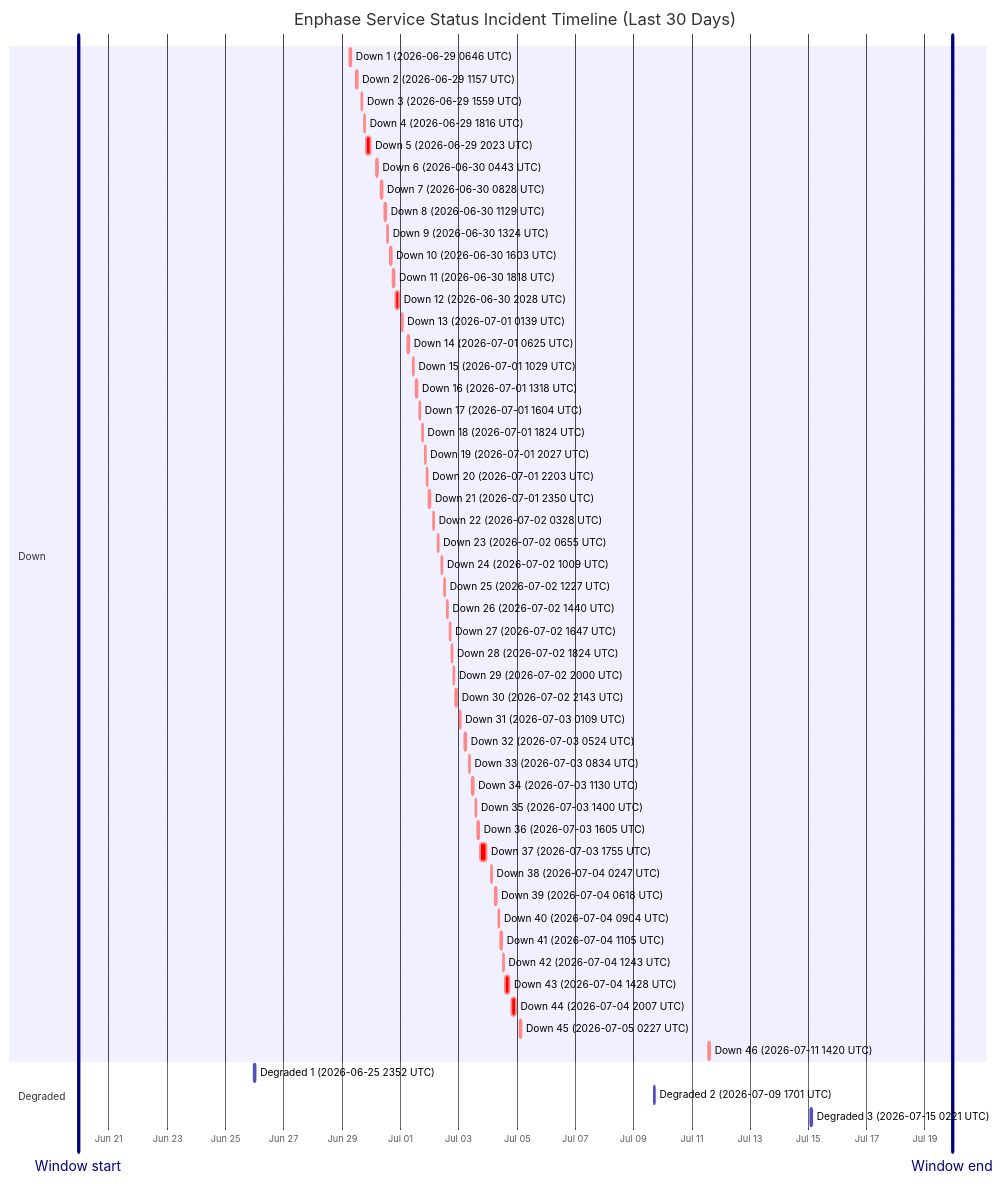
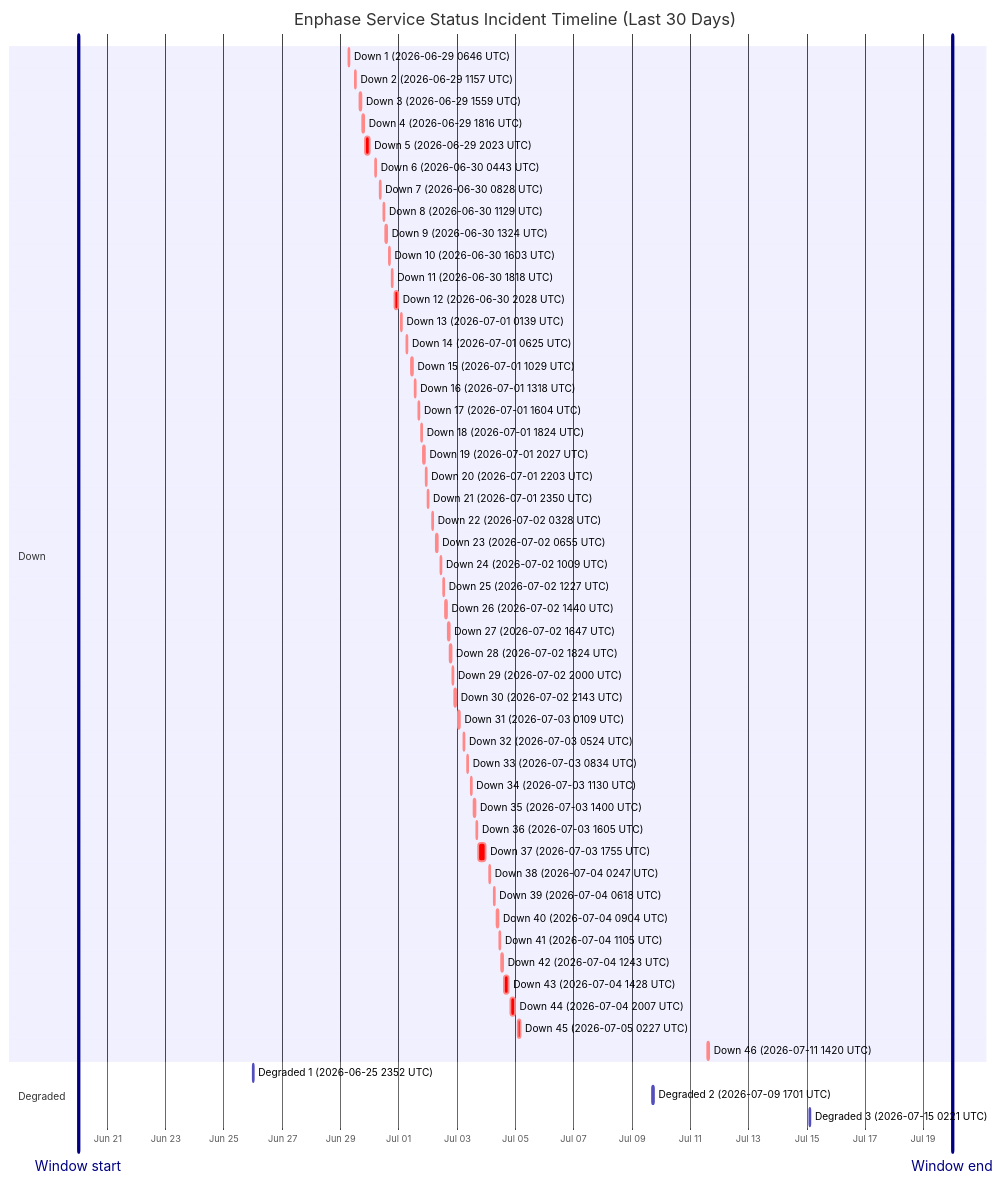
One commit to barneyonline/ha-enphase-energy changed the diagram in wiki/Service-Status-History.md. Above: the diagram before and after it, drawn with Mermaid. The commit also changed other lines of this file and 3 other files, not shown here.

````diff
--- a/wiki/Service-Status-History.md
+++ b/wiki/Service-Status-History.md
@@ -14,59 +14,59 @@
 ```mermaid
 gantt
     title Enphase Service Status Incident Timeline (Last 30 Days)
     dateFormat  YYYY-MM-DDTHH:mm:ss
     axisFormat  %b %d
-    Window start :vert, window-start, 2026-06-19T22:50:19, 0ms
-    Window end :vert, window-end, 2026-07-19T22:50:19, 0ms
+    Window start :vert, window-start, 2026-06-19T23:55:09, 0ms
+    Window end :vert, window-end, 2026-07-19T23:55:09, 0ms
     section Down
     Down 1 (2026-06-29 0646 UTC) :crit, down-1, 2026-06-29T06:46:18, 60m
     Down 2 (2026-06-29 1157 UTC) :crit, down-2, 2026-06-29T11:57:36, 60m
     Down 3 (2026-06-29 1559 UTC) :crit, down-3, 2026-06-29T15:59:02, 60m
     Down 4 (2026-06-29 1816 UTC) :crit, down-4, 2026-06-29T18:16:38, 60m
     Down 5 (2026-06-29 2023 UTC) :crit, down-5, 2026-06-29T20:23:16, 220m
     Down 6 (2026-06-30 0443 UTC) :crit, down-6, 2026-06-30T04:43:54, 60m
     Down 7 (2026-06-30 0828 UTC) :crit, down-7, 2026-06-30T08:28:43, 60m
     Down 8 (2026-06-30 1129 UTC) :crit, down-8, 2026-06-30T11:29:15, 60m
     Down 9 (2026-06-30 1324 UTC) :crit, down-9, 2026-06-30T13:24:25, 60m
     Down 10 (2026-06-30 1603 UTC) :crit, down-10, 2026-06-30T16:03:26, 60m
     Down 11 (2026-06-30 1818 UTC) :crit, down-11, 2026-06-30T18:18:39, 60m
     Down 12 (2026-06-30 2028 UTC) :crit, down-12, 2026-06-30T20:28:54, 171m
     Down 13 (2026-07-01 0139 UTC) :crit, down-13, 2026-07-01T01:39:18, 60m
     Down 14 (2026-07-01 0625 UTC) :crit, down-14, 2026-07-01T06:25:35, 60m
     Down 15 (2026-07-01 1029 UTC) :crit, down-15, 2026-07-01T10:29:24, 60m
     Down 16 (2026-07-01 1318 UTC) :crit, down-16, 2026-07-01T13:18:31, 60m
     Down 17 (2026-07-01 1604 UTC) :crit, down-17, 2026-07-01T16:04:29, 60m
     Down 18 (2026-07-01 1824 UTC) :crit, down-18, 2026-07-01T18:24:21, 60m
     Down 19 (2026-07-01 2027 UTC) :crit, down-19, 2026-07-01T20:27:17, 60m
     Down 20 (2026-07-01 2203 UTC) :crit, down-20, 2026-07-01T22:03:46, 60m
     Down 21 (2026-07-01 2350 UTC) :crit, down-21, 2026-07-01T23:50:52, 60m
     Down 22 (2026-07-02 0328 UTC) :crit, down-22, 2026-07-02T03:28:33, 60m
     Down 23 (2026-07-02 0655 UTC) :crit, down-23, 2026-07-02T06:55:07, 60m
     Down 24 (2026-07-02 1009 UTC) :crit, down-24, 2026-07-02T10:09:15, 60m
     Down 25 (2026-07-02 1227 UTC) :crit, down-25, 2026-07-02T12:27:49, 60m
     Down 26 (2026-07-02 1440 UTC) :crit, down-26, 2026-07-02T14:40:53, 60m
     Down 27 (2026-07-02 1647 UTC) :crit, down-27, 2026-07-02T16:47:47, 60m
     Down 28 (2026-07-02 1824 UTC) :crit, down-28, 2026-07-02T18:24:26, 60m
     Down 29 (2026-07-02 2000 UTC) :crit, down-29, 2026-07-02T20:00:57, 60m
     Down 30 (2026-07-02 2143 UTC) :crit, down-30, 2026-07-02T21:43:52, 80m
     Down 31 (2026-07-03 0109 UTC) :crit, down-31, 2026-07-03T01:09:19, 60m
     Down 32 (2026-07-03 0524 UTC) :crit, down-32, 2026-07-03T05:24:23, 60m
     Down 33 (2026-07-03 0834 UTC) :crit, down-33, 2026-07-03T08:34:05, 60m
     Down 34 (2026-07-03 1130 UTC) :crit, down-34, 2026-07-03T11:30:41, 60m
     Down 35 (2026-07-03 1400 UTC) :crit, down-35, 2026-07-03T14:00:48, 60m
     Down 36 (2026-07-03 1605 UTC) :crit, down-36, 2026-07-03T16:05:49, 60m
     Down 37 (2026-07-03 1755 UTC) :crit, down-37, 2026-07-03T17:55:54, 338m
     Down 38 (2026-07-04 0247 UTC) :crit, down-38, 2026-07-04T02:47:22, 60m
     Down 39 (2026-07-04 0618 UTC) :crit, down-39, 2026-07-04T06:18:09, 60m
     Down 40 (2026-07-04 0904 UTC) :crit, down-40, 2026-07-04T09:04:41, 60m
     Down 41 (2026-07-04 1105 UTC) :crit, down-41, 2026-07-04T11:05:21, 60m
     Down 42 (2026-07-04 1243 UTC) :crit, down-42, 2026-07-04T12:43:25, 60m
     Down 43 (2026-07-04 1428 UTC) :crit, down-43, 2026-07-04T14:28:07, 243m
     Down 44 (2026-07-04 2007 UTC) :crit, down-44, 2026-07-04T20:07:50, 206m
     Down 45 (2026-07-05 0227 UTC) :crit, down-45, 2026-07-05T02:27:32, 109m
     Down 46 (2026-07-11 1420 UTC) :crit, down-46, 2026-07-11T14:20:54, 69m
     section Degraded
     Degraded 1 (2026-06-25 2352 UTC) :active, degraded-1, 2026-06-25T23:52:01, 60m
     Degraded 2 (2026-07-09 1701 UTC) :active, degraded-2, 2026-07-09T17:01:02, 60m
     Degraded 3 (2026-07-15 0221 UTC) :active, degraded-3, 2026-07-15T02:21:35, 60m
 ```
````
